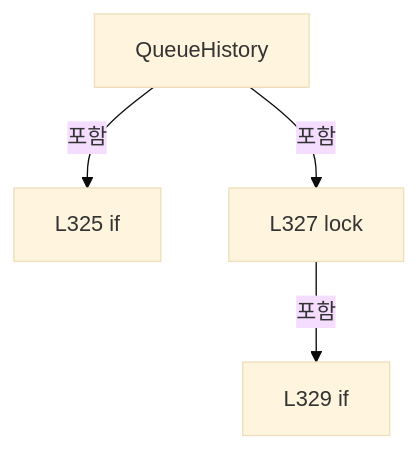
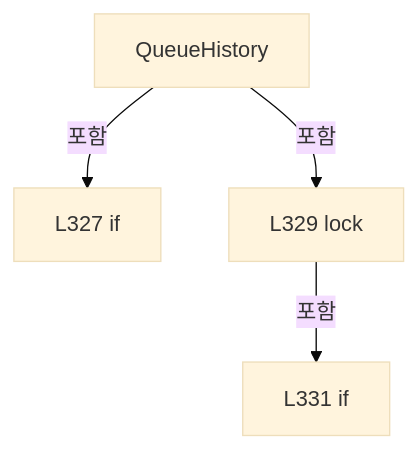
One commit to kjuws10-rgb/Shared changed diagram 12 of 21 in A3 LD Code Ref/files/Drilling.Common/Alarm/CAlarmManager.cs.md. Above: the diagram before and after it, drawn with Mermaid (base theme). The commit also changed other lines of this file and 2071 other files, not shown here.

Commit message:
docs(a3): update 11.19.0 architecture and code reference

````diff
--- a/A3 LD Code Ref/files/Drilling.Common/Alarm/CAlarmManager.cs.md
+++ b/A3 LD Code Ref/files/Drilling.Common/Alarm/CAlarmManager.cs.md
@@ -1975,10 +1975,10 @@
 ```mermaid
 flowchart TD
  M["QueueHistory"]
- N0["L325 if"]
+ N0["L327 if"]
  M -->|포함| N0
- N1["L327 lock"]
+ N1["L329 lock"]
  M -->|포함| N1
- N2["L329 if"]
+ N2["L331 if"]
  N1 -->|포함| N2
 ```
````
